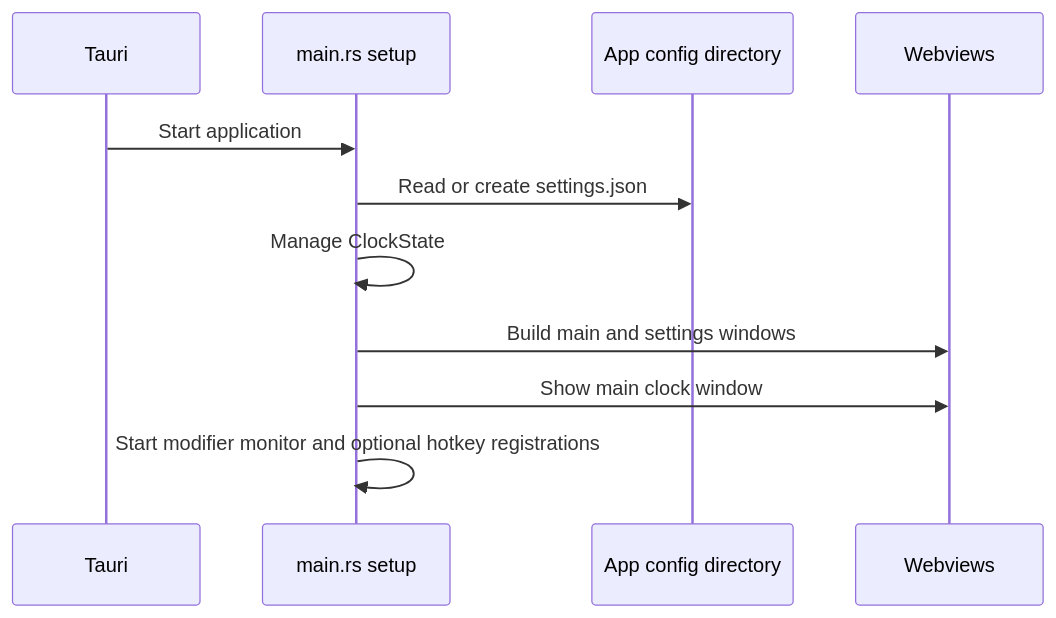
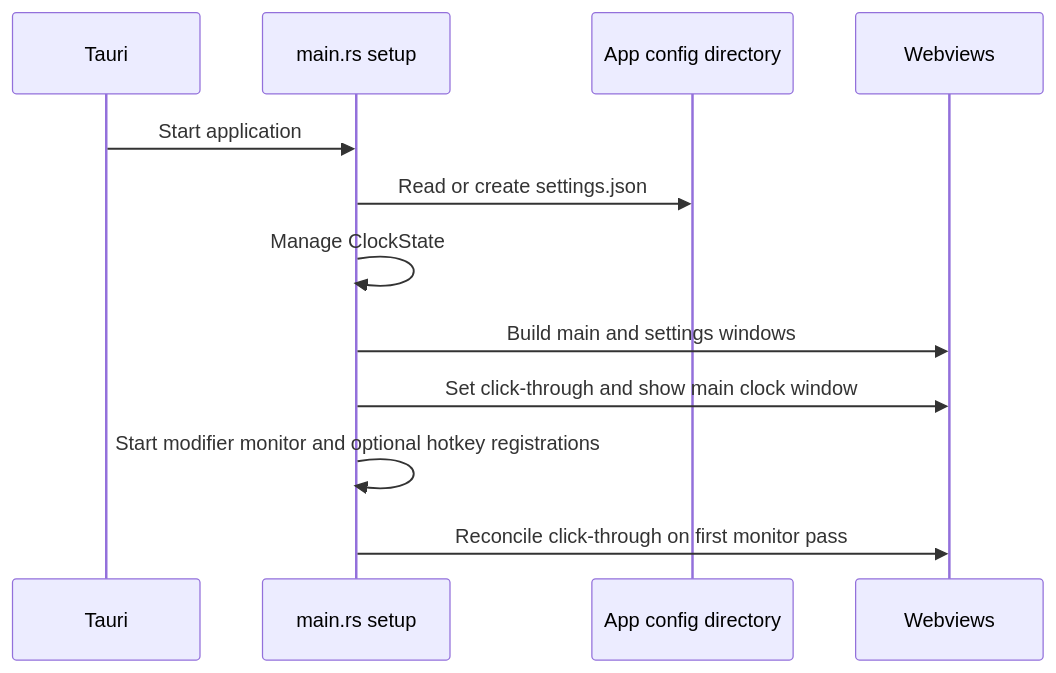
One commit to tbkmax/TopClock changed the second of 2 diagrams in src-tauri/doc/workflow_diagram.md. Above: the diagram before and after it, drawn with Mermaid. The commit also changed other lines of this file and 6 other files, not shown here.

````diff
--- a/src-tauri/doc/workflow_diagram.md
+++ b/src-tauri/doc/workflow_diagram.md
@@ -28,13 +28,14 @@
 ```mermaid
 sequenceDiagram
     participant Tauri
     participant Rust as main.rs setup
     participant Disk as App config directory
     participant UI as Webviews
     Tauri->>Rust: Start application
     Rust->>Disk: Read or create settings.json
     Rust->>Rust: Manage ClockState
     Rust->>UI: Build main and settings windows
-    Rust->>UI: Show main clock window
+    Rust->>UI: Set click-through and show main clock window
     Rust->>Rust: Start modifier monitor and optional hotkey registrations
+    Rust->>UI: Reconcile click-through on first monitor pass
 ```
````
